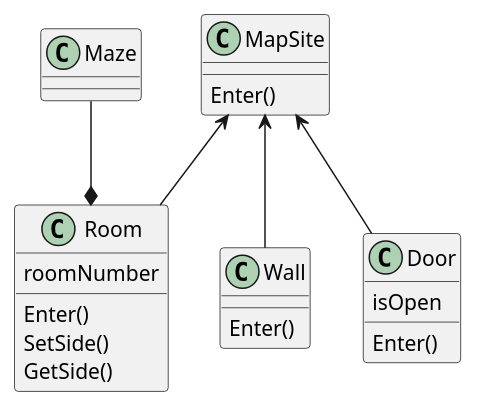
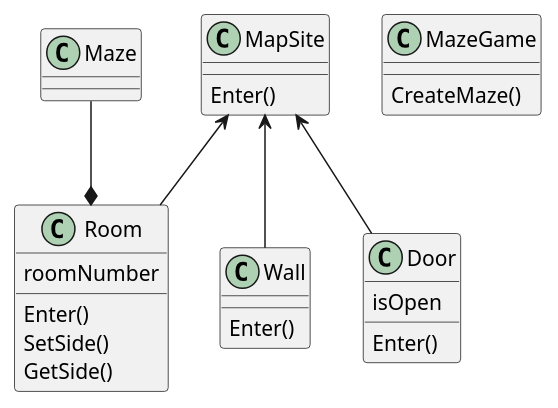
One commit to migodev42/cppStart changed the diagram in designpattern/创建型模式/maze.md. Above: the diagram before and after it, drawn with PlantUML. The commit also changed other lines of this file and 1 other file, not shown here.

Commit message:
feat:  设计模式 maze

````diff
--- a/designpattern/创建型模式/maze.md
+++ b/designpattern/创建型模式/maze.md
@@ -3,34 +3,38 @@
 ```plantuml
 @startuml
 class MapSite{
   Enter()
 }
 
 class Maze {
 
+}
+
+class MazeGame {
+  CreateMaze()
 }
 
 class Room {
   roomNumber  
   Enter()
   SetSide()
   GetSide()
 }
 
 class Wall {
   Enter()
 }
 
 class Door {
   isOpen  
   Enter()
   
 }
 
 MapSite <-- Door
 MapSite <-- Wall
 MapSite <-- Room
 
 Maze --* Room
 @enduml
 ```
````
